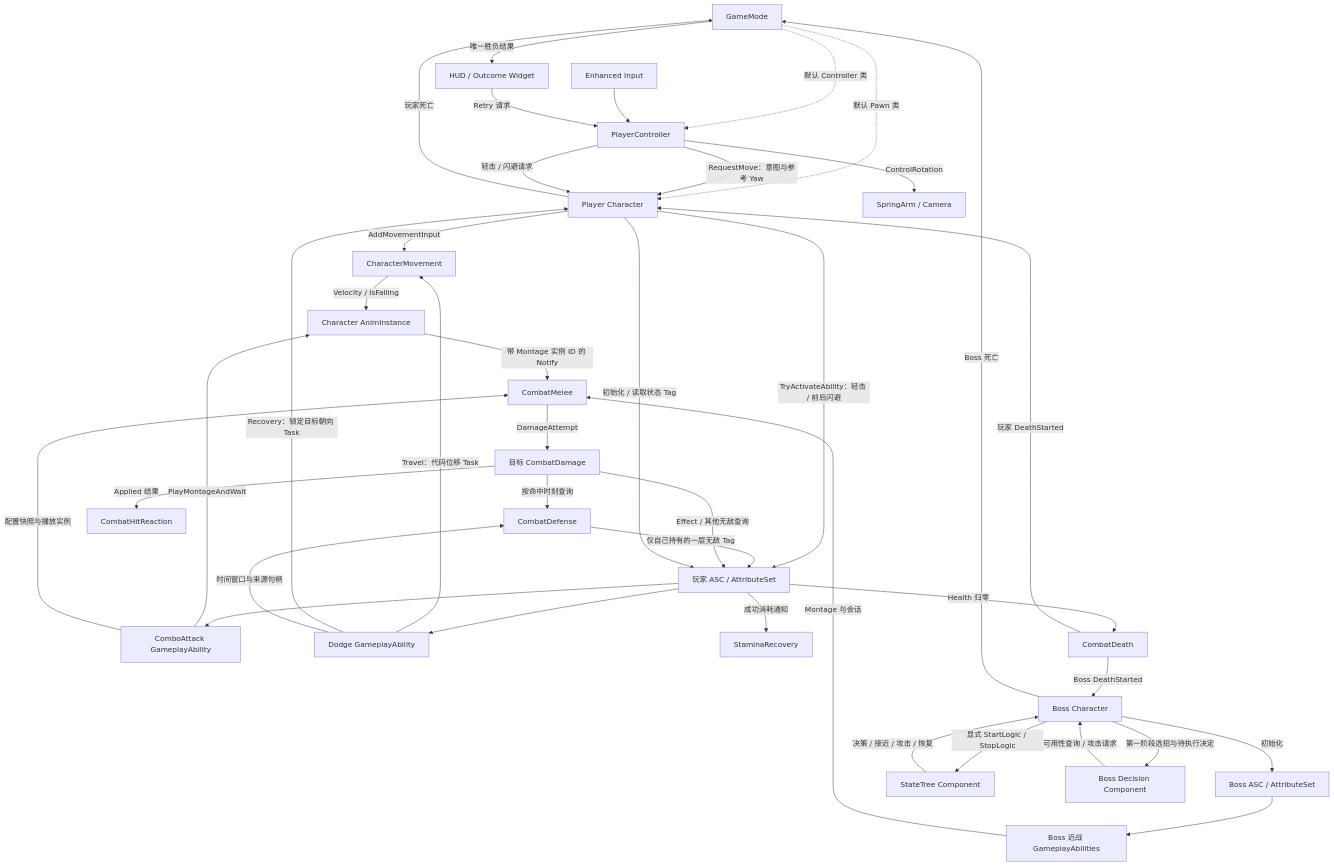
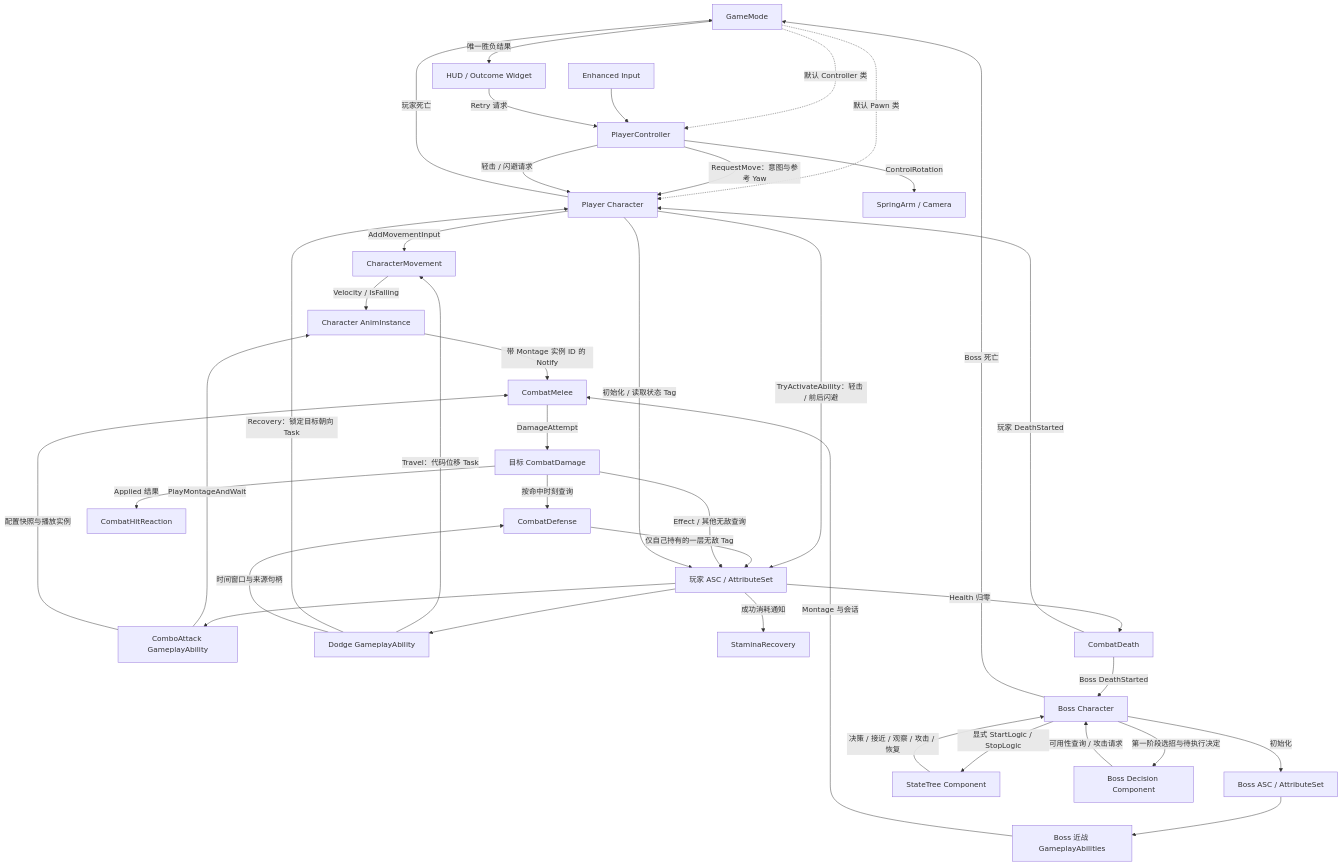
The diagram in docs/arch/architecture.md (Ethan-Lian/AshenOath), drawn with Mermaid before and after one commit. The commit also changed other lines of this file and 48 other files, not shown here.

````diff
--- a/docs/arch/architecture.md
+++ b/docs/arch/architecture.md
@@ -9,41 +9,41 @@
 ```mermaid
 flowchart TD
     GM[GameMode] -.->|默认 Controller 类| PC[PlayerController]
     GM -.->|默认 Pawn 类| P[Player Character]
     EI[Enhanced Input] --> PC
     PC -->|RequestMove：意图与参考 Yaw| P
     PC -->|轻击 / 闪避请求| P
     P -->|AddMovementInput| CM[CharacterMovement]
     P -->|TryActivateAbility：轻击 / 前后闪避| GAS[玩家 ASC / AttributeSet]
     GAS --> ATTACK[ComboAttack GameplayAbility]
     GAS --> DODGE[Dodge GameplayAbility]
     ATTACK -->|PlayMontageAndWait| AN[Character AnimInstance]
     ATTACK -->|配置快照与播放实例| MELEE[CombatMelee]
     AN -->|带 Montage 实例 ID 的 Notify| MELEE
     DODGE -->|Travel：代码位移 Task| CM
     DODGE -->|Recovery：锁定目标朝向 Task| P
     DODGE -->|时间窗口与来源句柄| DEFENSE[CombatDefense]
     DEFENSE -->|仅自己持有的一层无敌 Tag| GAS
     GAS -->|成功消耗通知| RECOVERY[StaminaRecovery]
     MELEE -->|DamageAttempt| DAMAGE[目标 CombatDamage]
     DAMAGE -->|按命中时刻查询| DEFENSE
     DAMAGE -->|Effect / 其他无敌查询| GAS
     DAMAGE -->|Applied 结果| REACTION[CombatHitReaction]
     GAS -->|Health 归零| DEATH[CombatDeath]
     DEATH -->|玩家 DeathStarted| P
     DEATH -->|Boss DeathStarted| B
     P -->|玩家死亡| GM
     B -->|Boss 死亡| GM
     GM -->|唯一胜负结果| HUD[HUD / Outcome Widget]
     HUD -->|Retry 请求| PC
     PC -->|ControlRotation| CAM[SpringArm / Camera]
     CM -->|Velocity / IsFalling| AN
     P -->|初始化 / 读取状态 Tag| GAS
     B[Boss Character] -->|初始化| BGAS[Boss ASC / AttributeSet]
     B -->|显式 StartLogic / StopLogic| ST[StateTree Component]
-    ST -->|决策 / 接近 / 攻击 / 恢复| B
+    ST -->|决策 / 接近 / 观察 / 攻击 / 恢复| B
     B -->|第一阶段选招与待执行决定| BD[Boss Decision Component]
     BD -->|可用性查询 / 攻击请求| B
     BGAS --> BATTACK[Boss 近战 GameplayAbilities]
     BATTACK -->|Montage 与会话| MELEE
 ```
````
